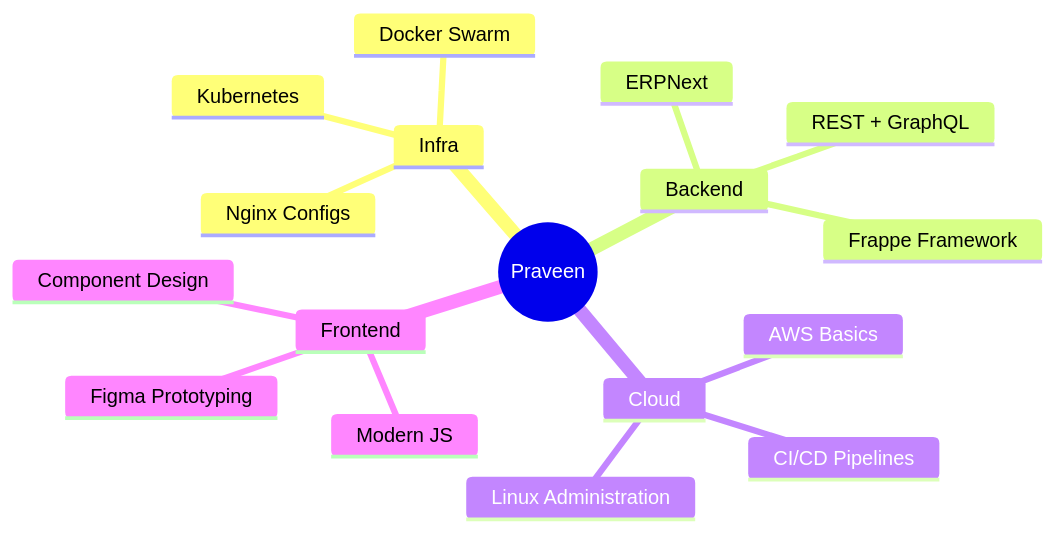
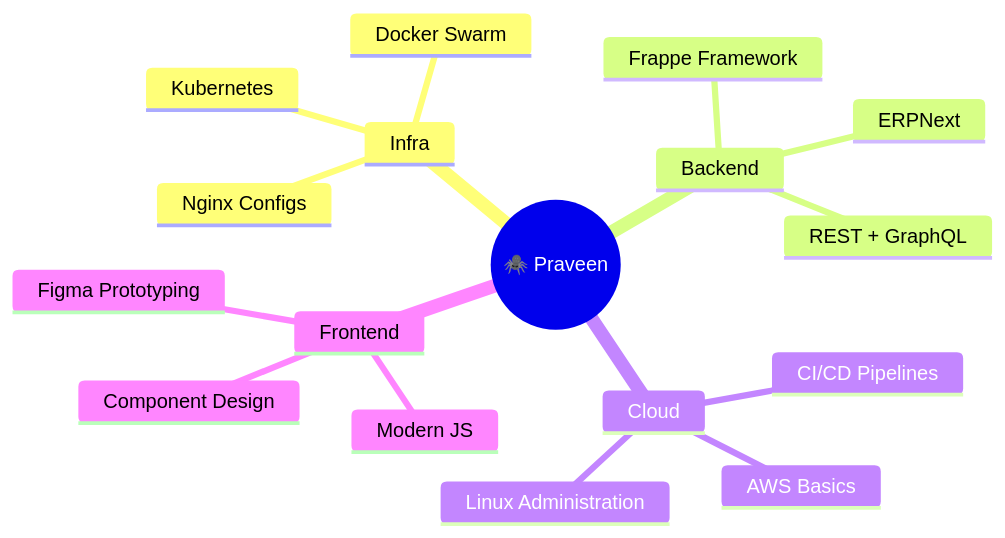
One commit to saintlionelpraveen/saintlionelpraveen changed the diagram in README.md. Above: the diagram before and after it, drawn with Mermaid. The commit also changed other lines of this file, not shown here.

````diff
--- a/README.md
+++ b/README.md
@@ -114,20 +111,20 @@
 ```mermaid
 mindmap
-  root((Praveen))
+  root((🕷️ Praveen))
     Infra
       Kubernetes
       Docker Swarm
       Nginx Configs
     Backend
       Frappe Framework
       ERPNext
       REST + GraphQL
     Cloud
       AWS Basics
       CI/CD Pipelines
       Linux Administration
     Frontend
       Modern JS
       Component Design
       Figma Prototyping
 ```
````
